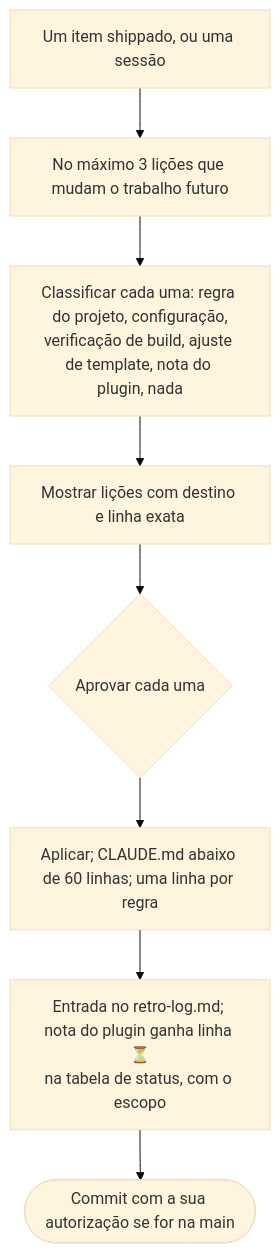
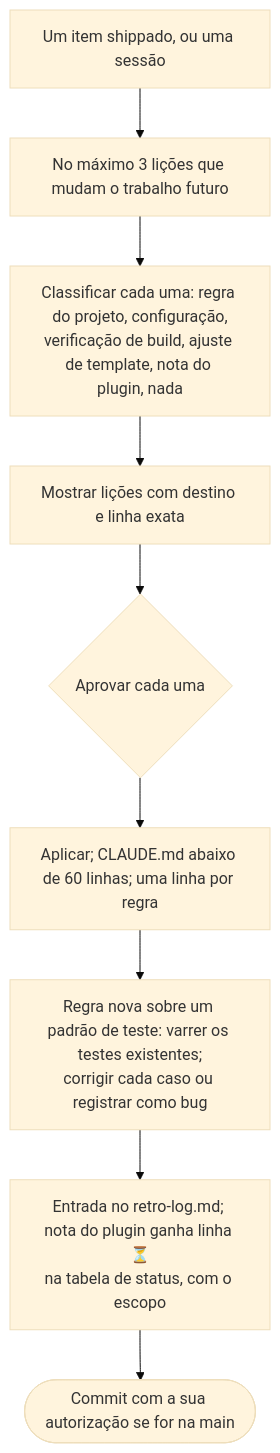
One commit to alexcanario/simulab changed diagram 12 of 16 in docs/agile/workflow.pt-BR.md. Above: the diagram before and after it, drawn with Mermaid (base theme). The commit also changed other lines of this file and 5 other files, not shown here.

````diff
--- a/docs/agile/workflow.pt-BR.md
+++ b/docs/agile/workflow.pt-BR.md
@@ -1084,10 +1084,11 @@
 ```mermaid
 flowchart TD
     A["Um item shippado, ou uma sessão"] --> B["No máximo 3 lições que mudam o trabalho futuro"]
     B --> C["Classificar cada uma: regra do projeto, configuração,<br/>verificação de build, ajuste de template, nota do plugin, nada"]
     C --> D["Mostrar lições com destino e linha exata"]
     D --> E{"Aprovar cada uma"}
     E --> F["Aplicar; CLAUDE.md abaixo de 60 linhas; uma linha por regra"]
-    F --> G["Entrada no retro-log.md; nota do plugin ganha linha ⏳<br/>na tabela de status, com o escopo"]
+    F --> F2["Regra nova sobre um padrão de teste: varrer os testes existentes;<br/>corrigir cada caso ou registrar como bug"]
+    F2 --> G["Entrada no retro-log.md; nota do plugin ganha linha ⏳<br/>na tabela de status, com o escopo"]
     G --> H(["Commit com a sua autorização se for na main"])
 ```
````
